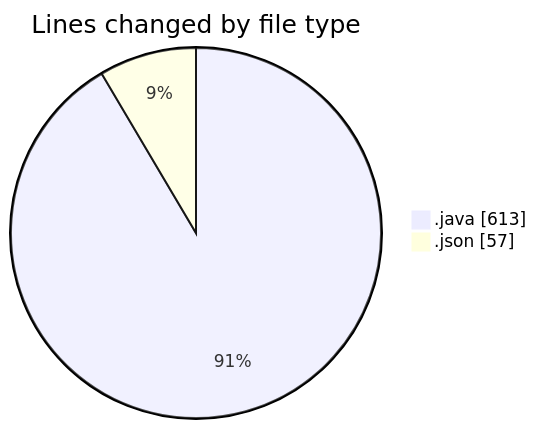
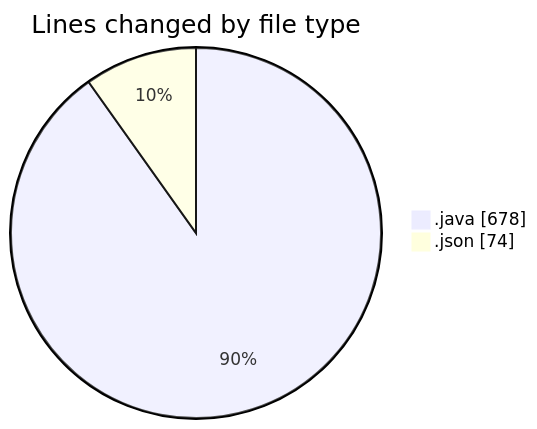
Before and after one commit to NitaiMahat/code-tracking: the first of 2 diagrams in 2025-05-27/minisocialnetwork/README.md, drawn with Mermaid. The commit also changed other lines of this file and 1 other file, not shown here.

````diff
--- a/2025-05-27/minisocialnetwork/README.md
+++ b/2025-05-27/minisocialnetwork/README.md
@@ -31,6 +31,6 @@
 ```mermaid
 pie showData
 title Lines changed by file type
-".java" : 613
-".json" : 57
+".java" : 678
+".json" : 74
 ```
````
